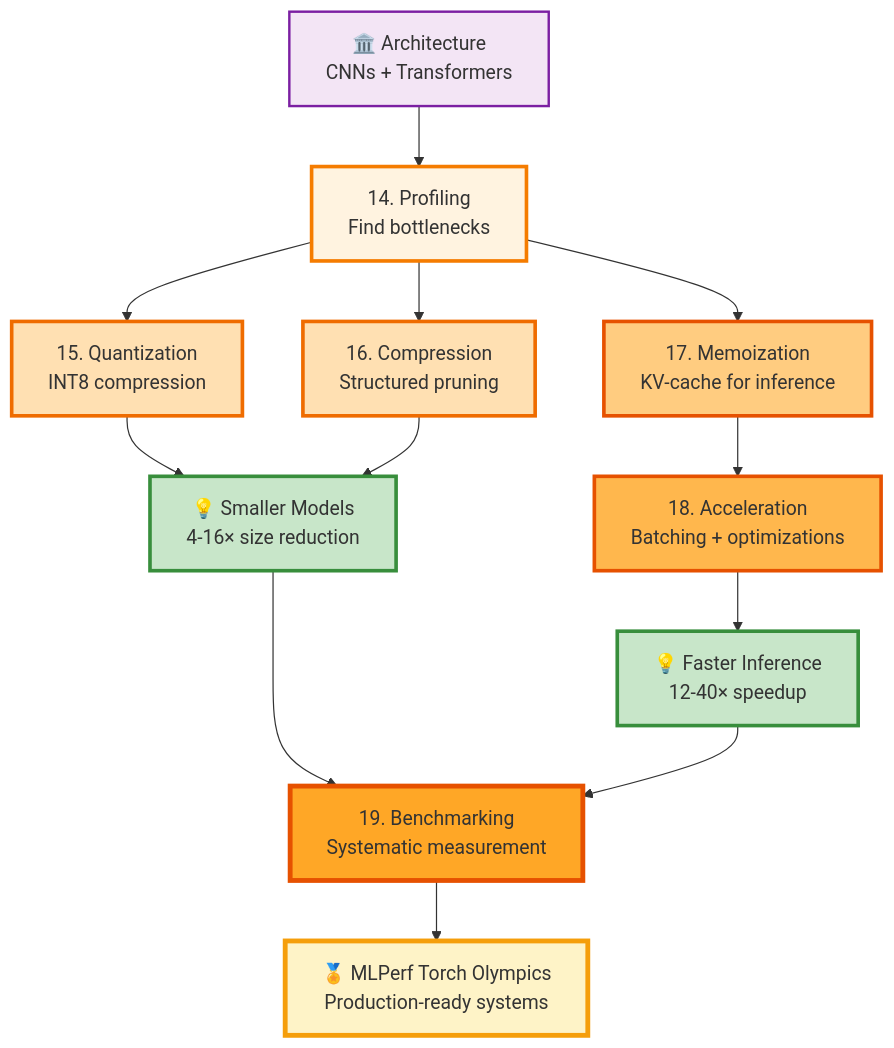
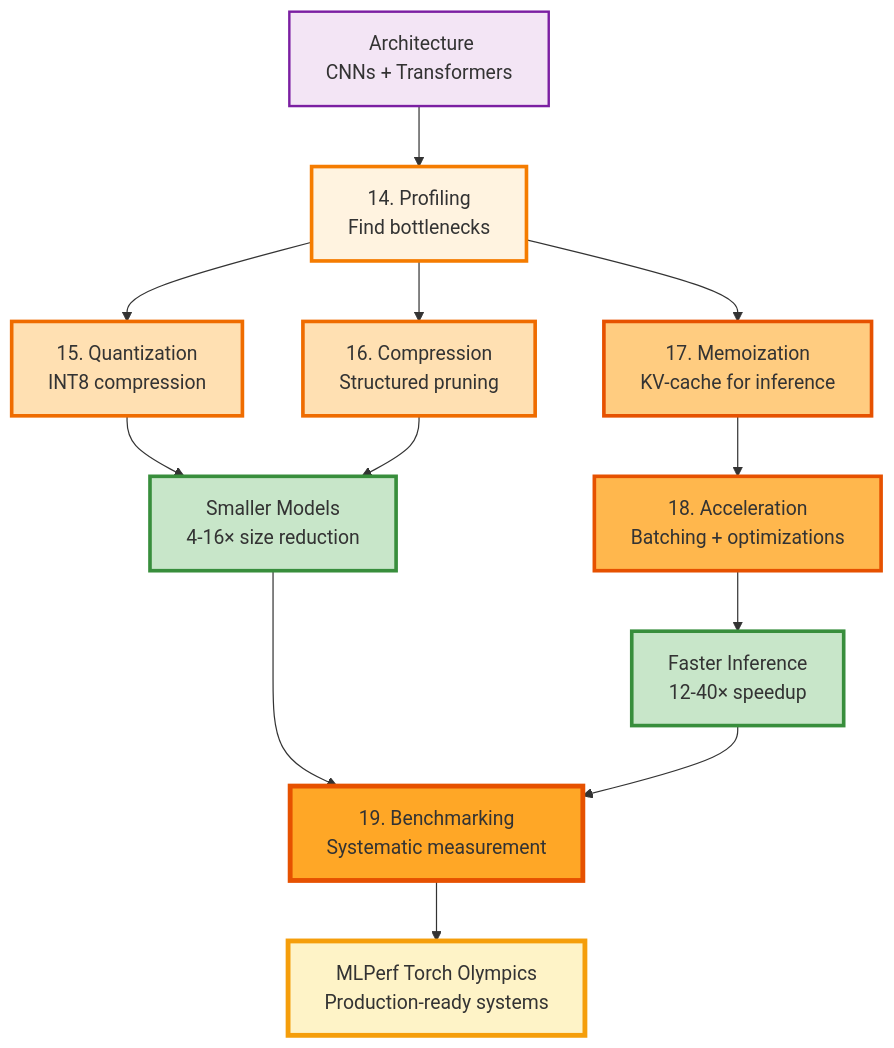
Before and after one commit to harvard-edge/cs249r_book: the first of 2 diagrams in tinytorch/site/tiers/optimization.md, drawn with Mermaid. The commit also changed other lines of this file and 56 other files, not shown here.

````diff
--- a/tinytorch/site/tiers/optimization.md
+++ b/tinytorch/site/tiers/optimization.md
@@ -20,35 +20,35 @@
 ```{mermaid}
 :align: center
 :caption: Architecture Overview
 graph TB
-    A[🏛️ Architecture<br/>CNNs + Transformers]
+ A[️ Architecture<br/>CNNs + Transformers]
 
-    A --> M14[14. Profiling<br/>Find bottlenecks]
+ A --> M14[14. Profiling<br/>Find bottlenecks]
 
-    M14 --> M15[15. Quantization<br/>INT8 compression]
-    M14 --> M16[16. Compression<br/>Structured pruning]
+ M14 --> M15[15. Quantization<br/>INT8 compression]
+ M14 --> M16[16. Compression<br/>Structured pruning]
 
-    M15 --> SMALL[💡 Smaller Models<br/>4-16× size reduction]
-    M16 --> SMALL
+ M15 --> SMALL[ Smaller Models<br/>4-16× size reduction]
+ M16 --> SMALL
 
-    M14 --> M17[17. Memoization<br/>KV-cache for inference]
-    M17 --> M18[18. Acceleration<br/>Batching + optimizations]
+ M14 --> M17[17. Memoization<br/>KV-cache for inference]
+ M17 --> M18[18. Acceleration<br/>Batching + optimizations]
 
-    M18 --> FAST[💡 Faster Inference<br/>12-40× speedup]
+ M18 --> FAST[ Faster Inference<br/>12-40× speedup]
 
-    SMALL --> M19[19. Benchmarking<br/>Systematic measurement]
-    FAST --> M19
+ SMALL --> M19[19. Benchmarking<br/>Systematic measurement]
+ FAST --> M19
 
-    M19 --> OLYMPICS[🏅 MLPerf Torch Olympics<br/>Production-ready systems]
+ M19 --> OLYMPICS[ MLPerf Torch Olympics<br/>Production-ready systems]
 
-    style A fill:#f3e5f5,stroke:#7b1fa2,stroke-width:2px
-    style M14 fill:#fff3e0,stroke:#f57c00,stroke-width:3px
-    style M15 fill:#ffe0b2,stroke:#ef6c00,stroke-width:3px
-    style M16 fill:#ffe0b2,stroke:#ef6c00,stroke-width:3px
-    style M17 fill:#ffcc80,stroke:#e65100,stroke-width:3px
-    style M18 fill:#ffb74d,stroke:#e65100,stroke-width:3px
-    style M19 fill:#ffa726,stroke:#e65100,stroke-width:4px
-    style SMALL fill:#c8e6c9,stroke:#388e3c,stroke-width:3px
-    style FAST fill:#c8e6c9,stroke:#388e3c,stroke-width:3px
-    style OLYMPICS fill:#fef3c7,stroke:#f59e0b,stroke-width:4px
+ style A fill:#f3e5f5,stroke:#7b1fa2,stroke-width:2px
+ style M14 fill:#fff3e0,stroke:#f57c00,stroke-width:3px
+ style M15 fill:#ffe0b2,stroke:#ef6c00,stroke-width:3px
+ style M16 fill:#ffe0b2,stroke:#ef6c00,stroke-width:3px
+ style M17 fill:#ffcc80,stroke:#e65100,stroke-width:3px
+ style M18 fill:#ffb74d,stroke:#e65100,stroke-width:3px
+ style M19 fill:#ffa726,stroke:#e65100,stroke-width:4px
+ style SMALL fill:#c8e6c9,stroke:#388e3c,stroke-width:3px
+ style FAST fill:#c8e6c9,stroke:#388e3c,stroke-width:3px
+ style OLYMPICS fill:#fef3c7,stroke:#f59e0b,stroke-width:4px
 ```
````
